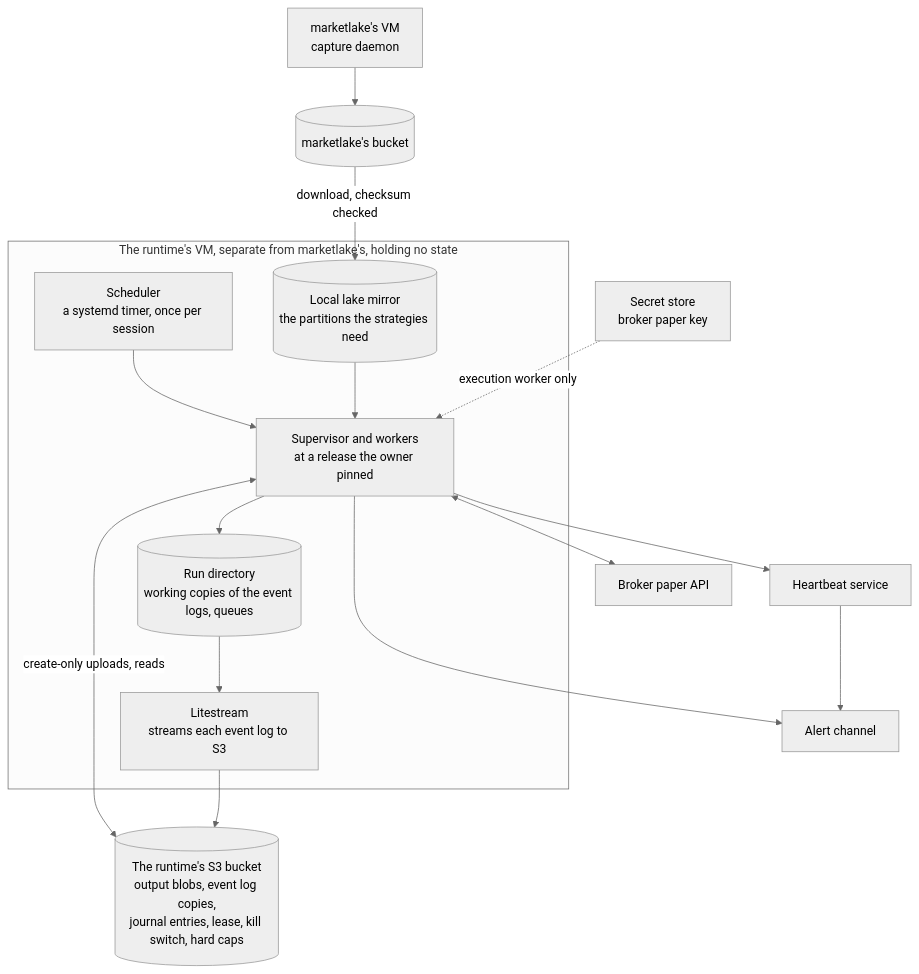
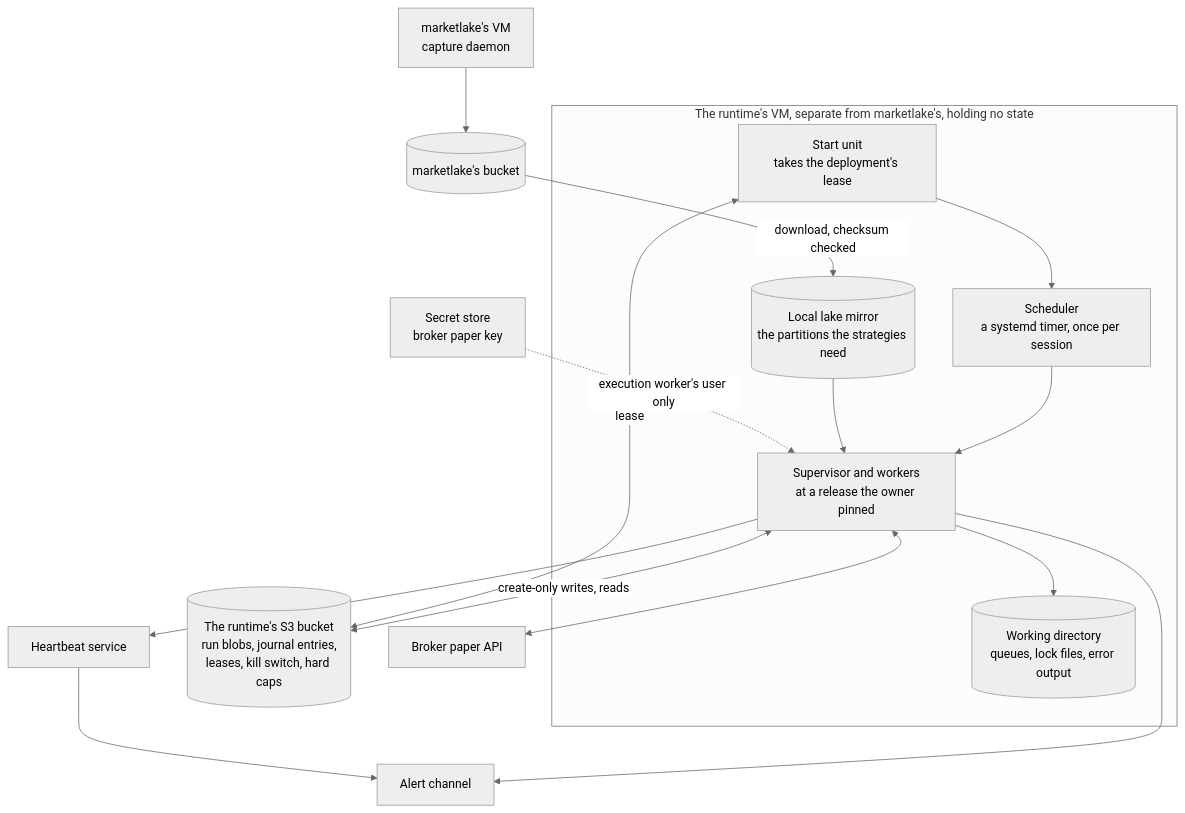
Diagram 15 of 16 in docs/architecture.md (l3a0/ithildin-runtime), drawn with Mermaid (neutral theme) before and after one commit. The commit also changed other lines of this file and 1 other file, not shown here.

````diff
--- a/docs/architecture.md
+++ b/docs/architecture.md
@@ -1406,31 +1413,30 @@
 ```mermaid
 flowchart TB
     subgraph host["The runtime's VM, separate from marketlake's, holding no state"]
+        start["Start unit<br/>takes the deployment's lease"]
         timer["Scheduler<br/>a systemd timer, once per session"]
         run["Supervisor and workers<br/>at a release the owner pinned"]
-        work[("Run directory<br/>working copies of the event logs, queues")]
-        litestream["Litestream<br/>streams each event log to S3"]
+        work[("Working directory<br/>queues, lock files, error output")]
         mirror[("Local lake mirror<br/>the partitions the strategies need")]
-        timer --> run
+        start --> timer --> run
         run --> work
-        work --> litestream
         mirror --> run
     end
     mlvm["marketlake's VM<br/>capture daemon"]
     lake[("marketlake's bucket")]
-    bucket[("The runtime's S3 bucket<br/>output blobs, event log copies,<br/>journal entries, lease, kill switch, hard caps")]
+    bucket[("The runtime's S3 bucket<br/>run blobs, journal entries,<br/>leases, kill switch, hard caps")]
     secrets["Secret store<br/>broker paper key"]
     broker["Broker paper API"]
     beat["Heartbeat service"]
     alerts["Alert channel"]
 
     mlvm --> lake
     lake -->|"download, checksum checked"| mirror
-    run <-->|"create-only uploads, reads"| bucket
-    litestream --> bucket
-    secrets -. "execution worker only" .-> run
+    run <-->|"create-only writes, reads"| bucket
+    start <-->|"lease"| bucket
+    secrets -. "execution worker's user only" .-> run
     run <--> broker
     run --> beat
     run --> alerts
     beat --> alerts
 ```
````
